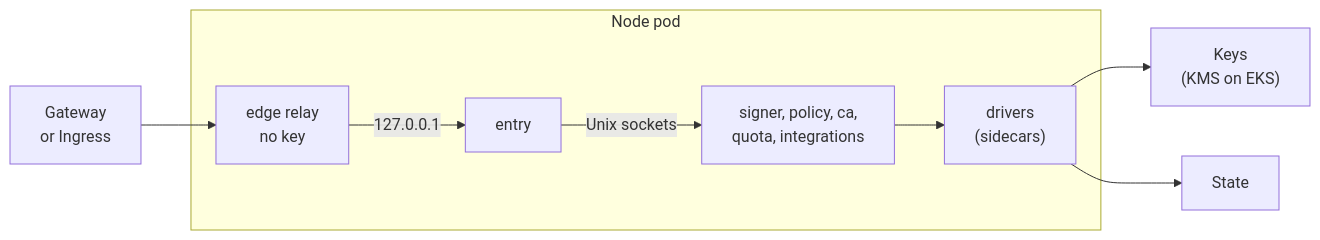
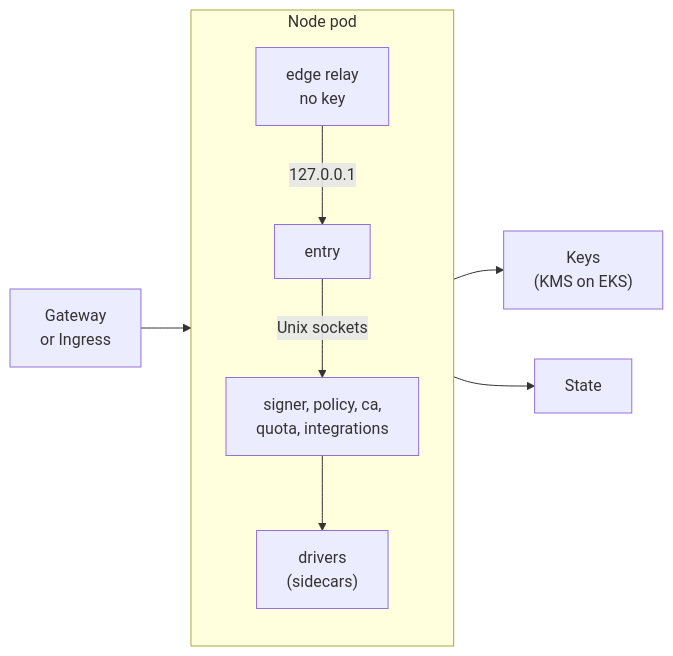
Before and after one commit to truvity/sluis: the first of 2 diagrams in docs/shapes/kubernetes.md, drawn with Mermaid. The commit also changed other lines of this file and 10 other files, not shown here.

First line of the commit message:
docs(site): record OD-6, 17, 20, 21, 22 and open OD-31; rewrite the other wide diagrams

````diff
--- a/docs/shapes/kubernetes.md
+++ b/docs/shapes/kubernetes.md
@@ -19,11 +21,16 @@
 ```mermaid
 flowchart LR
-  gw["Gateway<br/>or Ingress"] --> relay["edge relay<br/>no key"]
+  gw["Gateway<br/>or Ingress"] --> node
   subgraph node["Node pod"]
-    relay -- "127.0.0.1" --> entry["entry"]
-    entry -- "Unix sockets" --> core["signer, policy, ca,<br/>quota, integrations"]
-    core --> drv["drivers<br/>(sidecars)"]
+    direction TB
+    relay["edge relay<br/>no key"]
+    entry["entry"]
+    core["signer, policy, ca,<br/>quota, integrations"]
+    drv["drivers<br/>(sidecars)"]
+    relay -- "127.0.0.1" --> entry
+    entry -- "Unix sockets" --> core
+    core --> drv
   end
-  drv --> keys["Keys<br/>(KMS on EKS)"]
-  drv --> state["State"]
+  node --> keys["Keys<br/>(KMS on EKS)"]
+  node --> state["State"]
 ```
````
